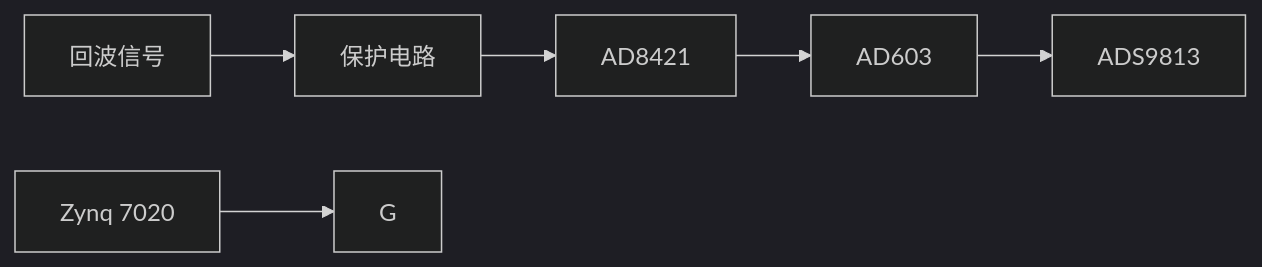
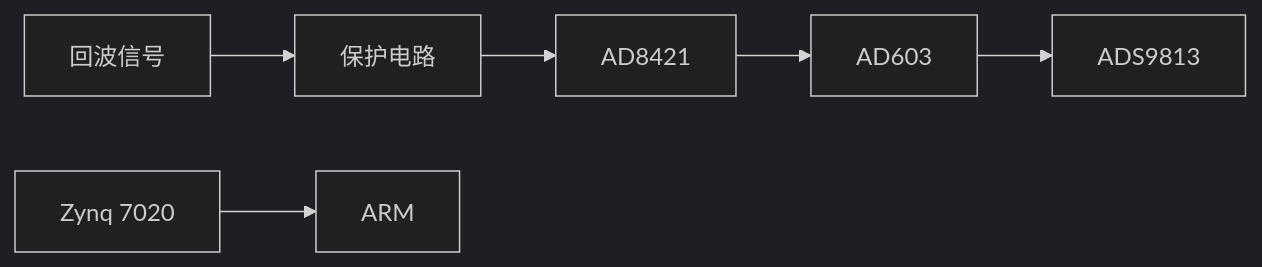
One commit to Rukawa15/iodraw-files changed the diagram in all/多通道同步采集-1.md. Above: the diagram before and after it, drawn with Mermaid (dark theme).

Commit message:
2025-06-18 23:22:13 update

````diff
--- a/all/多通道同步采集-1.md
+++ b/all/多通道同步采集-1.md
@@ -1,7 +1,7 @@
 ```mermaid
 graph LR
 A[回波信号] --> B[保护电路]
 B --> C[AD8421] -->D[AD603]
-E[Zynq 7020] --> G
+E[Zynq 7020] --> G[ARM]
 D --> F[ADS9813]
 ```
````
